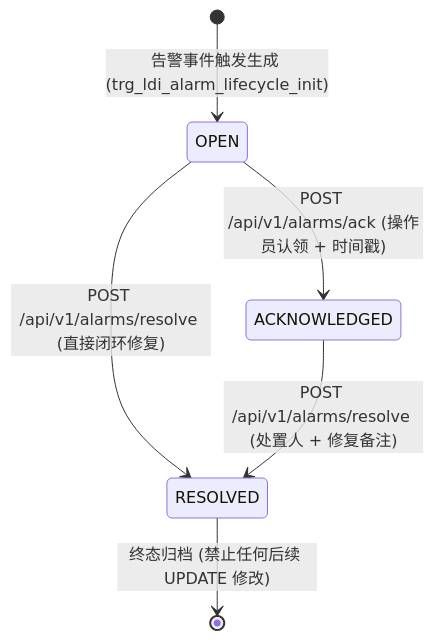
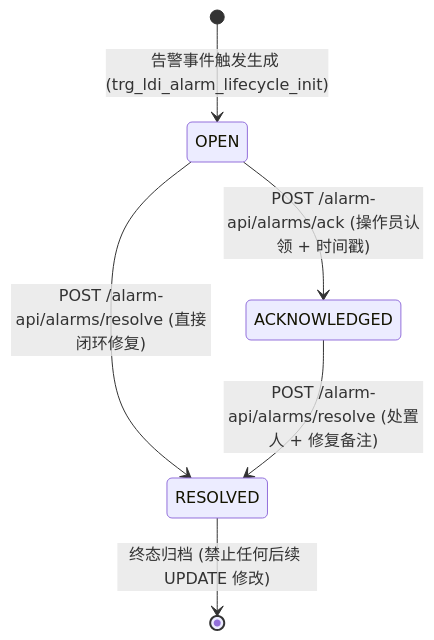
One commit to PATTANAKORN025/IMS changed the diagram in zh-CN/docs/architecture/ALARM_SEVERITY_GUIDE.md. Above: the diagram before and after it, drawn with Mermaid. The commit also changed other lines of this file and 46 other files, not shown here.

````diff
--- a/zh-CN/docs/architecture/ALARM_SEVERITY_GUIDE.md
+++ b/zh-CN/docs/architecture/ALARM_SEVERITY_GUIDE.md
@@ -50,8 +50,8 @@
 ```mermaid
 stateDiagram-v2
     [*] --> OPEN: 告警事件触发生成 (trg_ldi_alarm_lifecycle_init)
-    OPEN --> ACKNOWLEDGED: POST /api/v1/alarms/ack (操作员认领 + 时间戳)
-    OPEN --> RESOLVED: POST /api/v1/alarms/resolve (直接闭环修复)
-    ACKNOWLEDGED --> RESOLVED: POST /api/v1/alarms/resolve (处置人 + 修复备注)
+    OPEN --> ACKNOWLEDGED: POST /alarm-api/alarms/ack (操作员认领 + 时间戳)
+    OPEN --> RESOLVED: POST /alarm-api/alarms/resolve (直接闭环修复)
+    ACKNOWLEDGED --> RESOLVED: POST /alarm-api/alarms/resolve (处置人 + 修复备注)
     RESOLVED --> [*]: 终态归档 (禁止任何后续 UPDATE 修改)
 ```
````
